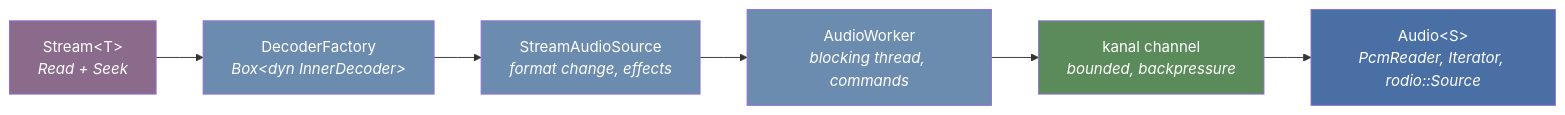
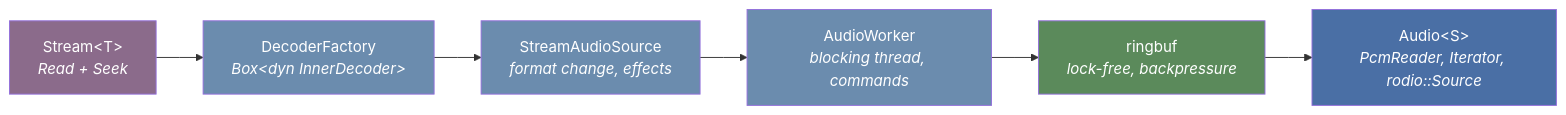
The second of 2 diagrams in crates/kithara-audio/README.md (zvuk/kithara), drawn with Mermaid before and after one commit. The commit also changed other lines of this file and 135 other files, not shown here.

````diff
--- a/crates/kithara-audio/README.md
+++ b/crates/kithara-audio/README.md
@@ -108,19 +108,19 @@
 ```mermaid
 %%{init: {"flowchart": {"curve": "linear"}} }%%
 flowchart LR
     ST["Stream&lt;T&gt;<br/><i>Read + Seek</i>"]
     DF["DecoderFactory<br/><i>Box&lt;dyn InnerDecoder&gt;</i>"]
     SAS["StreamAudioSource<br/><i>format change, effects</i>"]
     AW["AudioWorker<br/><i>blocking thread, commands</i>"]
-    KC["kanal channel<br/><i>bounded, backpressure</i>"]
+    KC["ringbuf<br/><i>lock-free, backpressure</i>"]
     A["Audio&lt;S&gt;<br/><i>PcmReader, Iterator, rodio::Source</i>"]
 
     ST --> DF --> SAS --> AW --> KC --> A
 
     style ST fill:#8b6b8b,color:#fff
     style DF fill:#6b8cae,color:#fff
     style SAS fill:#6b8cae,color:#fff
     style AW fill:#6b8cae,color:#fff
     style KC fill:#5b8a5b,color:#fff
     style A fill:#4a6fa5,color:#fff
 ```
````
